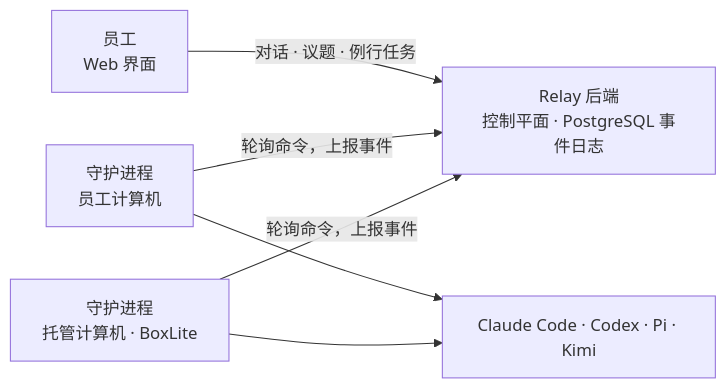
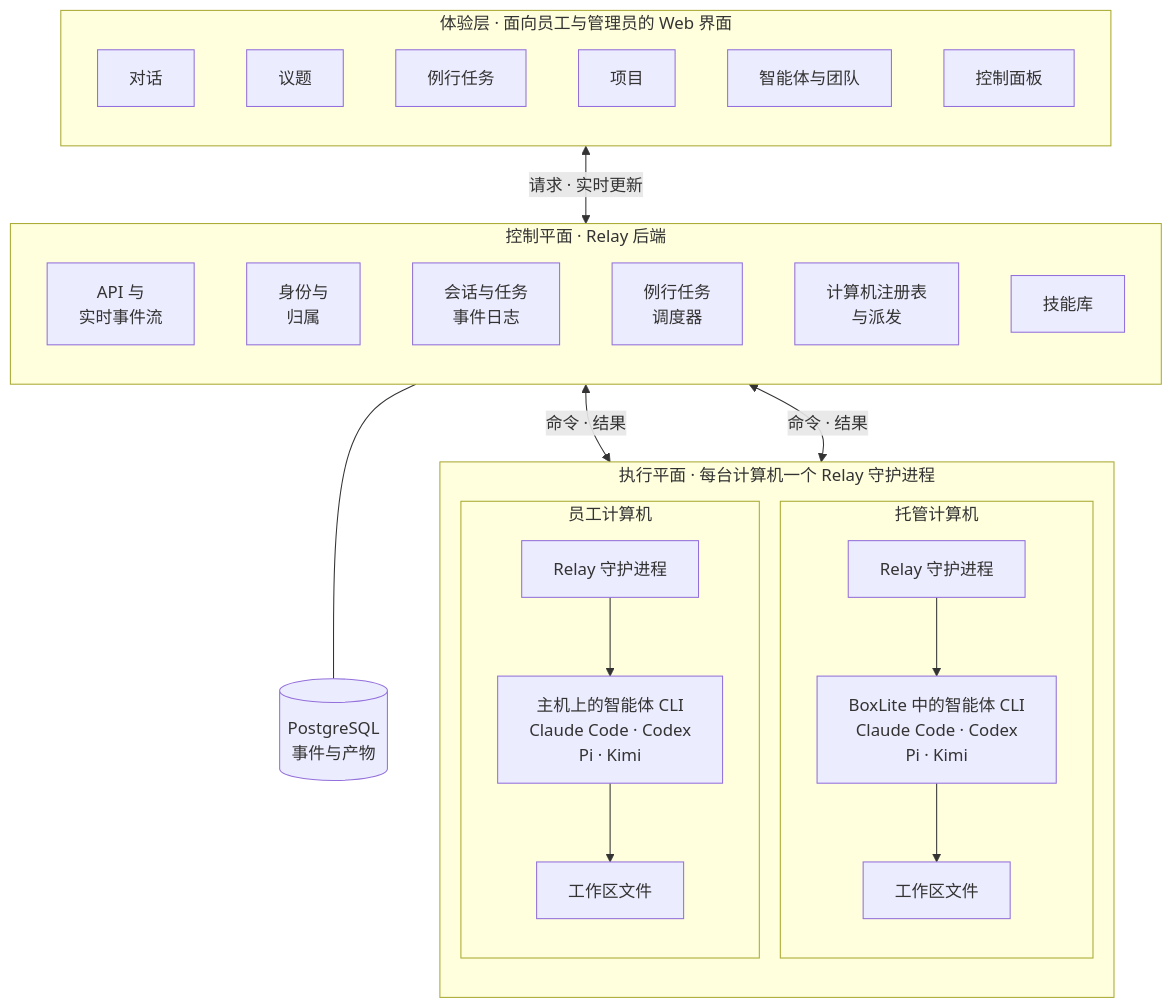
The diagram in README.zh-CN.md (droxer/Relay), drawn with Mermaid before and after one commit. The commit also changed other lines of this file and 1 other file, not shown here.

Commit message:
docs: present How it works as a layered product architecture
Replace the small flow diagram with a three-layer architecture diagram —
experience, control plane, execution plane — and describe what each layer
owns, in both the English and Simplified Chinese README.

````diff
--- a/README.zh-CN.md
+++ b/README.zh-CN.md
@@ -30,14 +32,45 @@
 ```mermaid
-flowchart LR
-  people["员工<br/>Web 界面"]
-  backend["Relay 后端<br/>控制平面 · PostgreSQL 事件日志"]
-  local["守护进程<br/>员工计算机"]
-  managed["守护进程<br/>托管计算机 · BoxLite"]
-  agents["Claude Code · Codex · Pi · Kimi"]
+flowchart TB
+  subgraph experience["体验层 · 面向员工与管理员的 Web 界面"]
+    direction TB
+    threads["对话"]
+    issues["议题"]
+    routines["例行任务"]
+    projects["项目"]
+    workforce["智能体与团队"]
+    admin["控制面板"]
+  end
 
-  people -->|"对话 · 议题 · 例行任务"| backend
-  local -->|"轮询命令，上报事件"| backend
-  managed -->|"轮询命令，上报事件"| backend
-  local --> agents
-  managed --> agents
+  subgraph control["控制平面 · Relay 后端"]
+    direction TB
+    api["API 与<br/>实时事件流"]
+    identity["身份与<br/>归属"]
+    records["会话与任务<br/>事件日志"]
+    scheduler["例行任务<br/>调度器"]
+    registry["计算机注册表<br/>与派发"]
+    skills["技能库"]
+  end
+
+  store[("PostgreSQL<br/>事件与产物")]
+
+  subgraph execution["执行平面 · 每台计算机一个 Relay 守护进程"]
+    direction TB
+    subgraph managed["托管计算机"]
+      managedDaemon["Relay 守护进程"]
+      managedAgents["BoxLite 中的智能体 CLI<br/>Claude Code · Codex<br/>Pi · Kimi"]
+      managedWorkspace["工作区文件"]
+      managedDaemon --> managedAgents --> managedWorkspace
+    end
+    subgraph local["员工计算机"]
+      localDaemon["Relay 守护进程"]
+      localAgents["主机上的智能体 CLI<br/>Claude Code · Codex<br/>Pi · Kimi"]
+      localWorkspace["工作区文件"]
+      localDaemon --> localAgents --> localWorkspace
+    end
+  end
+
+  experience <-->|"请求 · 实时更新"| control
+  control <-->|"命令 · 结果"| localDaemon
+  control <-->|"命令 · 结果"| managedDaemon
+  control --- store
 ```
````
